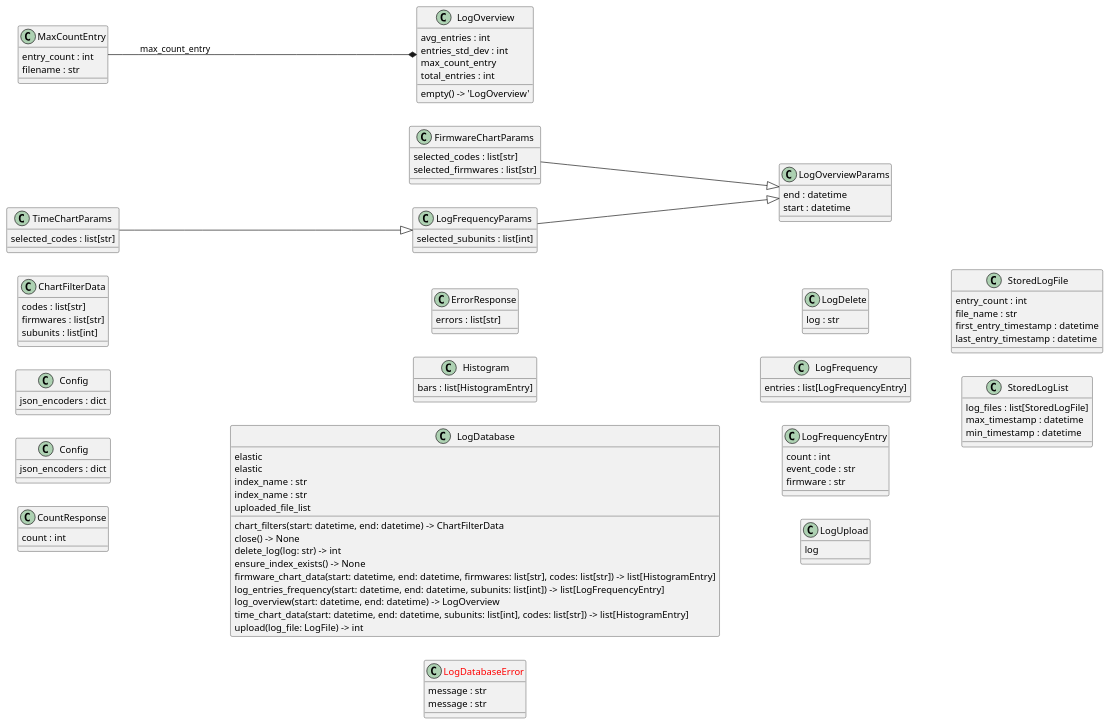
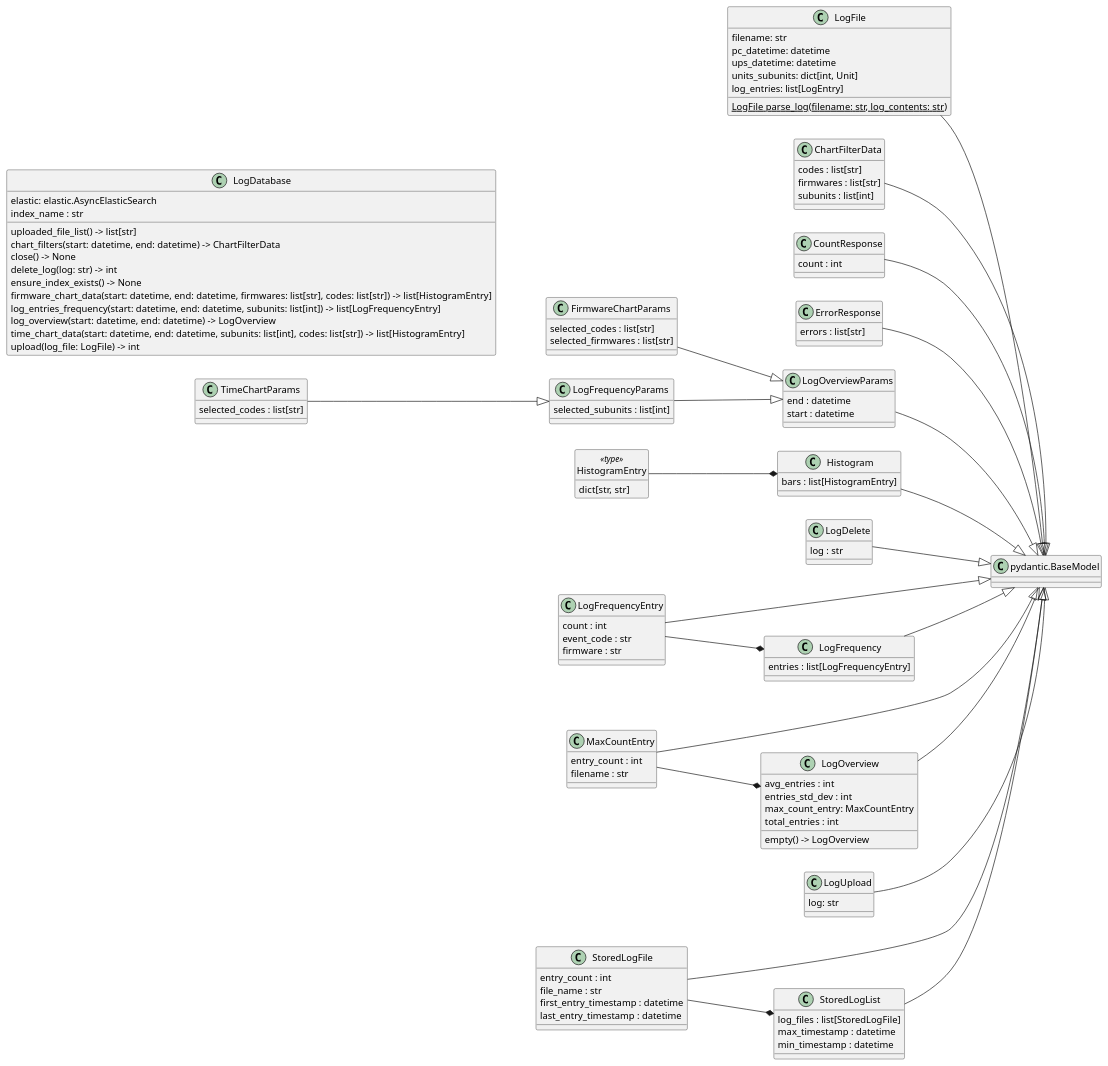
One commit to sevenelevendevunipd/docs changed the eighth of 13 diagrams in allegato_tecnico.md. Above: the diagram before and after it, drawn with PlantUML. The commit also changed other lines of this file, not shown here.

````diff
--- a/allegato_tecnico.md
+++ b/allegato_tecnico.md
@@ -522,100 +581,141 @@
 ```{ .plantuml caption="Class Diagram SLStatistics backend"}
-@startuml classes
+@startuml
 left to right direction
 set namespaceSeparator none
-class "ChartFilterData" as sl_statistics_backend.models.chartfilterdata.ChartFilterData {
-codes : list[str]
-firmwares : list[str]
-subunits : list[int]
+hide <<type>> circle
+hide <<type>> methods
+
+class "pydantic.BaseModel" as BaseModel
+
+class LogFile {
+  filename: str
+  pc_datetime: datetime
+  ups_datetime: datetime
+  units_subunits: dict[int, Unit]
+  log_entries: list[LogEntry]
+  {static} LogFile parse_log(filename: str, log_contents: str)
 }
-class "Config" as sl_statistics_backend.models.logoverview.LogOverview.Config {
-json_encoders : dict
+LogFile --|> BaseModel
+
+class ChartFilterData {
+  codes : list[str]
+  firmwares : list[str]
+  subunits : list[int]
 }
-class "Config" as sl_statistics_backend.models.storedlogfile.StoredLogFile.Config {
-json_encoders : dict
+ChartFilterData --|> BaseModel
+
+class CountResponse {
+  count : int
 }
-class "CountResponse" as sl_statistics_backend.schemas.countresponse.CountResponse {
-count : int
+CountResponse --|> BaseModel
+
+class ErrorResponse {
+  errors : list[str]
 }
-class "ErrorResponse" as sl_statistics_backend.schemas.errorresponse.ErrorResponse {
-errors : list[str]
+ErrorResponse --|> BaseModel
+
+class FirmwareChartParams {
+  selected_codes : list[str]
+  selected_firmwares : list[str]
 }
-class "FirmwareChartParams" as sl_statistics_backend.schemas.firmwarechartparams.FirmwareChartParams {
-selected_codes : list[str]
-selected_firmwares : list[str]
+FirmwareChartParams --|> LogOverviewParams
+
+
+class HistogramEntry <<type>> {
+  dict[str, str]
 }
-class "Histogram" as sl_statistics_backend.schemas.histogram.Histogram {
-bars : list[HistogramEntry]
+
+class Histogram {
+  bars : list[HistogramEntry]
 }
-class "LogDatabase" as sl_statistics_backend.log_database.LogDatabase {
-elastic
-elastic
-index_name : str
-index_name : str
-uploaded_file_list
-chart_filters(start: datetime, end: datetime) -> ChartFilterData
-close() -> None
-delete_log(log: str) -> int
-ensure_index_exists() -> None
-firmware_chart_data(start: datetime, end: datetime, firmwares: list[str], codes: list[str]) -> list[HistogramEntry]
-log_entries_frequency(start: datetime, end: datetime, subunits: list[int]) -> list[LogFrequencyEntry]
-log_overview(start: datetime, end: datetime) -> LogOverview
-time_chart_data(start: datetime, end: datetime, subunits: list[int], codes: list[str]) -> list[HistogramEntry]
-upload(log_file: LogFile) -> int
+HistogramEntry --* Histogram
+Histogram --|> BaseModel
+
+class LogDatabase {
+  elastic: elastic.AsyncElasticSearch
+  index_name : str
+  uploaded_file_list() -> list[str]
+  chart_filters(start: datetime, end: datetime) -> ChartFilterData
+  close() -> None
+  delete_log(log: str) -> int
+  ensure_index_exists() -> None
+  firmware_chart_data(start: datetime, end: datetime, firmwares: list[str], codes: list[str]) -> list[HistogramEntry]
+  log_entries_frequency(start: datetime, end: datetime, subunits: list[int]) -> list[LogFrequencyEntry]
+  log_overview(start: datetime, end: datetime) -> LogOverview
+  time_chart_data(start: datetime, end: datetime, subunits: list[int], codes: list[str]) -> list[HistogramEntry]
+  upload(log_file: LogFile) -> int
 }
-class "<color:red>LogDatabaseError</color>" as sl_statistics_backend.log_database.LogDatabaseError {
-message : str
-message : str
+
+class LogDelete {
+  log : str
 }
-class "LogDelete" as sl_statistics_backend.schemas.logdelete.LogDelete {
-log : str
+LogDelete --|> BaseModel
+
+class LogFrequency {
+  entries : list[LogFrequencyEntry]
 }
-class "LogFrequency" as sl_statistics_backend.schemas.logfrequency.LogFrequency {
-entries : list[LogFrequencyEntry]
+LogFrequency --|> BaseModel
+
+class LogFrequencyEntry {
+  count : int
+  event_code : str
+  firmware : str
 }
-class "LogFrequencyEntry" as sl_statistics_backend.models.logfrequencyentry.LogFrequencyEntry {
-count : int
-event_code : str
-firmware : str
+LogFrequencyEntry --* LogFrequency
+LogFrequencyEntry --|> BaseModel
+
+class LogFrequencyParams {
+  selected_subunits : list[int]
 }
-class "LogFrequencyParams" as sl_statistics_backend.schemas.logfrequencyparams.LogFrequencyParams {
-selected_subunits : list[int]
+LogFrequencyParams --|> LogOverviewParams
+
+class MaxCountEntry {
+  entry_count : int
+  filename : str
 }
-class "LogOverview" as sl_statistics_backend.models.logoverview.LogOverview {
-avg_entries : int
-entries_std_dev : int
-max_count_entry
-total_entries : int
-empty() -> 'LogOverview'
+MaxCountEntry --|> BaseModel
+
+class LogOverview {
+  avg_entries : int
+  entries_std_dev : int
+  max_count_entry: MaxCountEntry
+  total_entries : int
+  empty() -> LogOverview
 }
-class "LogOverviewParams" as sl_statistics_backend.schemas.logoverviewparams.LogOverviewParams {
-end : datetime
-start : datetime
+MaxCountEntry --* LogOverview
+LogOverview --|> BaseModel
+
+class LogOverviewParams {
+  end : datetime
+  start : datetime
 }
-class "LogUpload" as sl_statistics_backend.schemas.logupload.LogUpload {
-log
+LogOverviewParams --|> BaseModel
+
+class LogUpload {
+  log: str
 }
-class "MaxCountEntry" as sl_statistics_backend.models.logoverview.MaxCountEntry {
-entry_count : int
-filename : str
+LogUpload --|> BaseModel
+
+class StoredLogFile {
+  entry_count : int
+  file_name : str
+  first_entry_timestamp : datetime
+  last_entry_timestamp : datetime
 }
-class "StoredLogFile" as sl_statistics_backend.models.storedlogfile.StoredLogFile {
-entry_count : int
-file_name : str
-first_entry_timestamp : datetime
-last_entry_timestamp : datetime
+StoredLogFile --|> BaseModel
+
+class StoredLogList {
+  log_files : list[StoredLogFile]
+  max_timestamp : datetime
+  min_timestamp : datetime
 }
-class "StoredLogList" as sl_statistics_backend.models.storedloglist.StoredLogList {
-log_files : list[StoredLogFile]
-max_timestamp : datetime
-min_timestamp : datetime
+StoredLogFile --* StoredLogList
+StoredLogList --|> BaseModel
+
+class TimeChartParams {
+  selected_codes : list[str]
 }
-class "TimeChartParams" as sl_statistics_backend.schemas.timechartparams.TimeChartParams {
-selected_codes : list[str]
-}
-sl_statistics_backend.schemas.firmwarechartparams.FirmwareChartParams --|> sl_statistics_backend.schemas.logoverviewparams.LogOverviewParams
-sl_statistics_backend.schemas.logfrequencyparams.LogFrequencyParams --|> sl_statistics_backend.schemas.logoverviewparams.LogOverviewParams
-sl_statistics_backend.schemas.timechartparams.TimeChartParams --|> sl_statistics_backend.schemas.logfrequencyparams.LogFrequencyParams
-sl_statistics_backend.models.logoverview.MaxCountEntry --* sl_statistics_backend.models.logoverview.LogOverview : max_count_entry
+TimeChartParams --|> LogFrequencyParams
+
 @enduml
 ```
````
